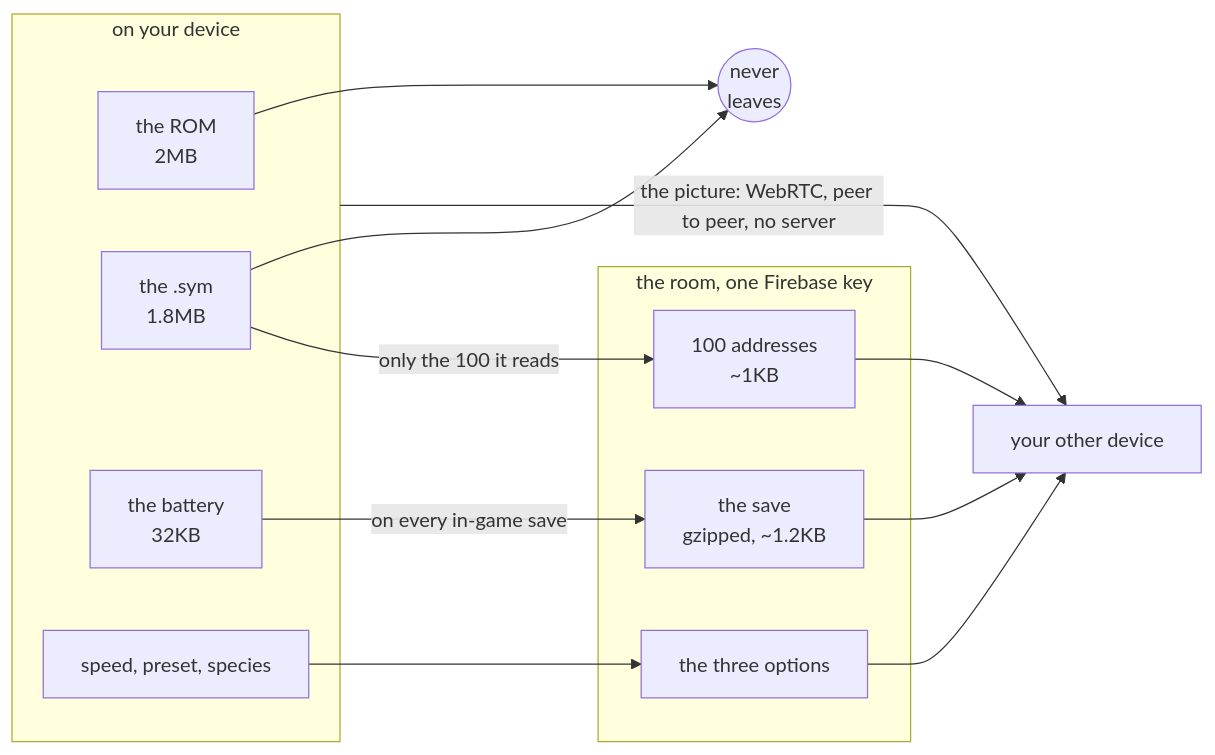
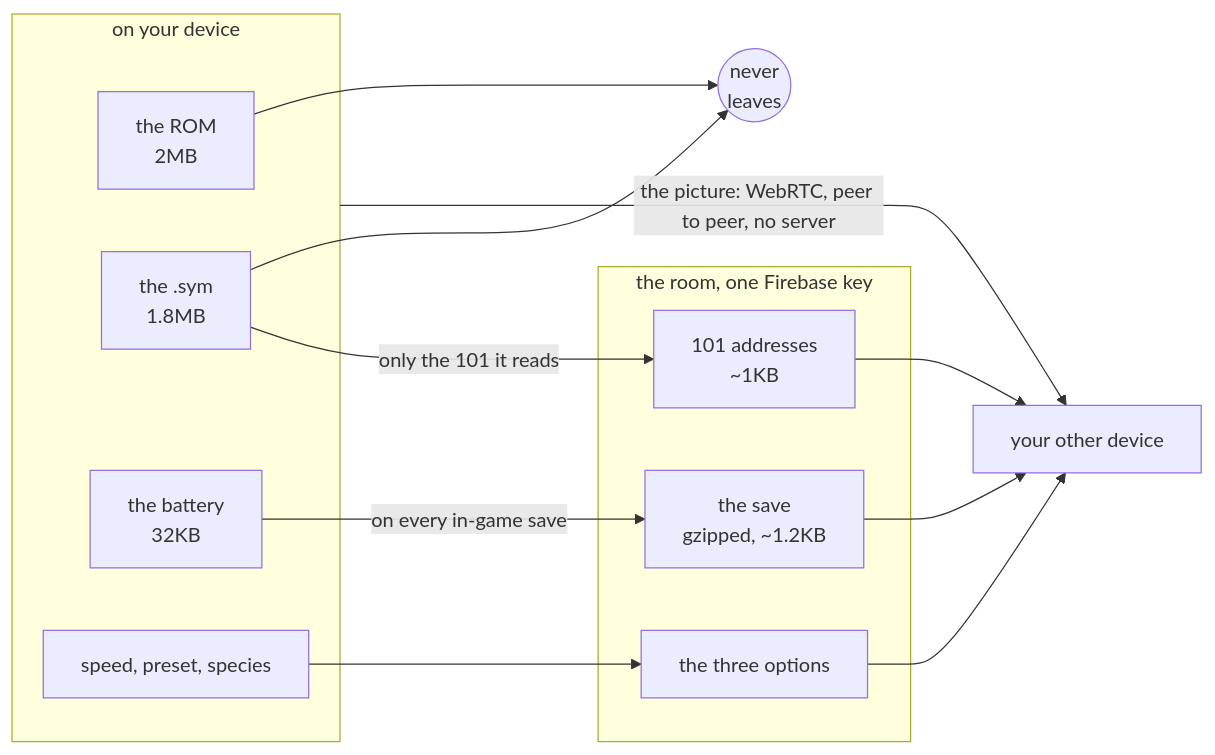
The second of 2 diagrams in docs/DEVICES.md (minormending/crystal-pilot-mobile), drawn with Mermaid before and after one commit. The commit also changed other lines of this file and 19 other files, not shown here.

````diff
--- a/docs/DEVICES.md
+++ b/docs/DEVICES.md
@@ -327,25 +327,25 @@
 ```mermaid
 flowchart LR
     subgraph D["on your device"]
         ROM["the ROM<br/>2MB"]
         SYM["the .sym<br/>1.8MB"]
         SAVE["the battery<br/>32KB"]
         OPT["speed, preset, species"]
     end
     STOP(("never<br/>leaves"))
     subgraph R["the room, one Firebase key"]
-        A["100 addresses<br/>~1KB"]
+        A["101 addresses<br/>~1KB"]
         S["the save<br/>gzipped, ~1.2KB"]
         O["the three options"]
     end
     OTHER["your other device"]
     ROM --> STOP
     SYM --> STOP
-    SYM -->|"only the 100 it reads"| A
+    SYM -->|"only the 101 it reads"| A
     SAVE -->|"on every in-game save"| S
     OPT --> O
     A --> OTHER
     S --> OTHER
     O --> OTHER
     D -->|"the picture: WebRTC, peer to peer, no server"| OTHER
 ```
````
